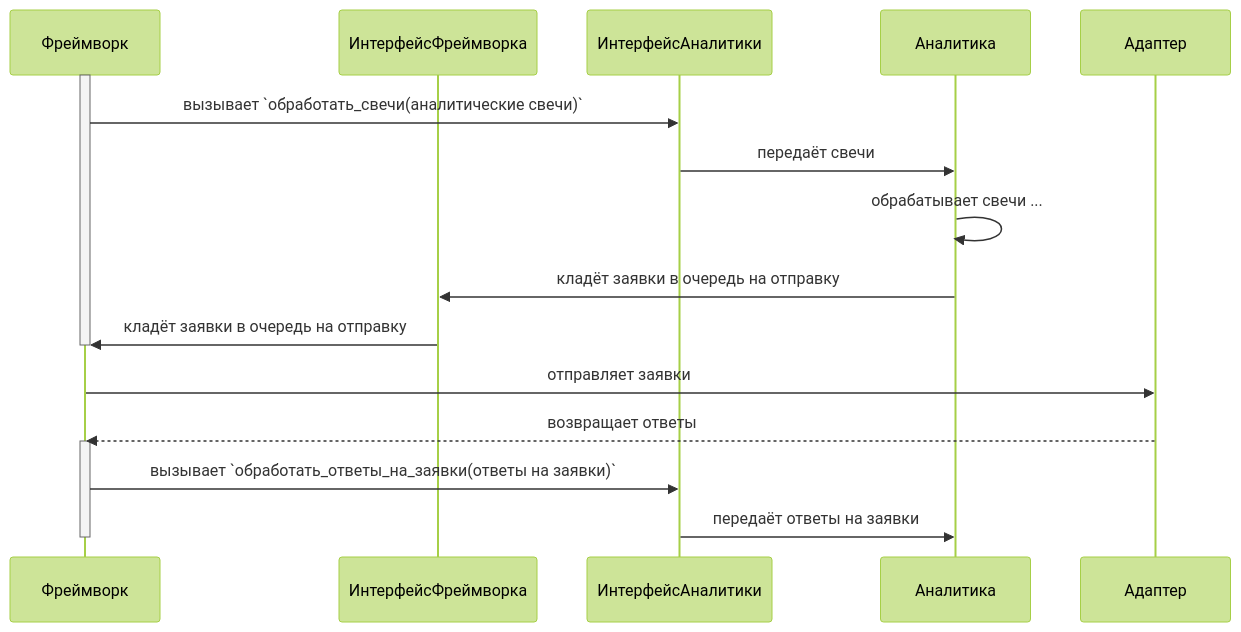
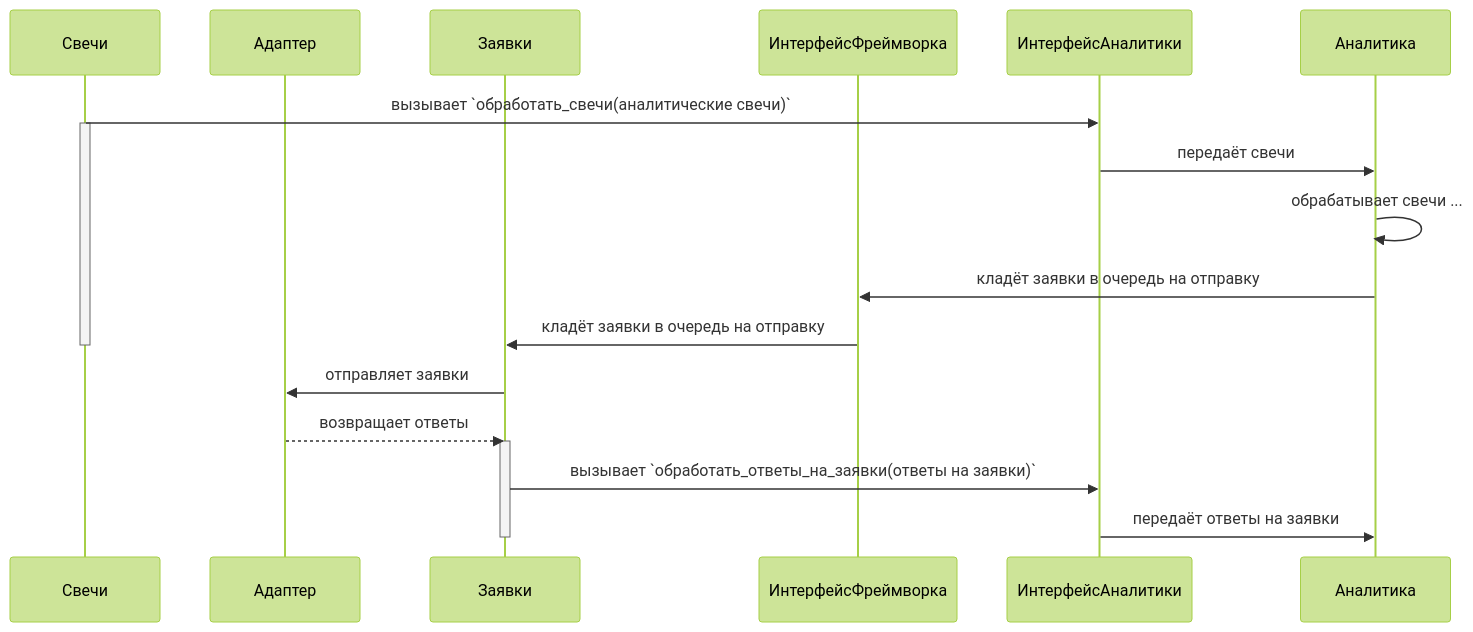
The fifth of 21 diagrams in robot-logic.md (Marat22/MiriadRobotDocs), drawn with Mermaid (forest theme) before and after one commit. The commit also changed other lines of this file, not shown here.

````diff
--- a/robot-logic.md
+++ b/robot-logic.md
@@ -118,22 +116,23 @@
 ```mermaid
 sequenceDiagram
-    participant Framework as Фреймворк
+    participant Bars as Свечи
+    participant Adapter as Адаптер
+    participant Orders as Заявки
     participant FrameworkInterface as ИнтерфейсФреймворка
     participant AnalyticsInterface as ИнтерфейсАналитики
     participant Analytics as Аналитика
-    participant Adapter as Адаптер
 
-    activate Framework
-    Framework->>AnalyticsInterface: вызывает `обработать_свечи(аналитические свечи)`
+    Bars->>AnalyticsInterface: вызывает `обработать_свечи(аналитические свечи)`
+    activate Bars
     AnalyticsInterface->>Analytics: передаёт свечи
     Analytics->>Analytics: обрабатывает свечи ...
     Analytics->>FrameworkInterface: кладёт заявки в очередь на отправку
-    FrameworkInterface->>Framework: кладёт заявки в очередь на отправку
-    deactivate Framework
-    Framework->>Adapter: отправляет заявки
-    Adapter-->>Framework: возвращает ответы
-    activate Framework
-    Framework->>AnalyticsInterface: вызывает `обработать_ответы_на_заявки(ответы на заявки)`
+    FrameworkInterface->>Orders: кладёт заявки в очередь на отправку
+    deactivate Bars
+    Orders->>Adapter: отправляет заявки
+    Adapter-->>Orders: возвращает ответы
+    activate Orders
+    Orders->>AnalyticsInterface: вызывает `обработать_ответы_на_заявки(ответы на заявки)`
     AnalyticsInterface->>Analytics: передаёт ответы на заявки
-    deactivate Framework
+    deactivate Orders
 ```
````
